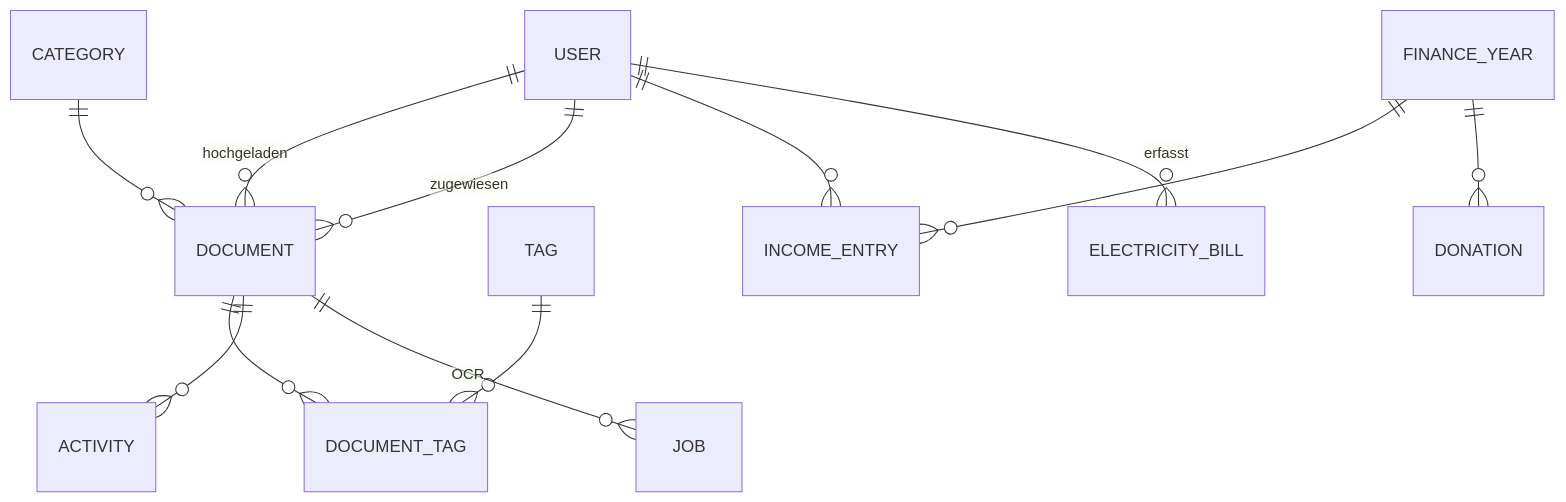
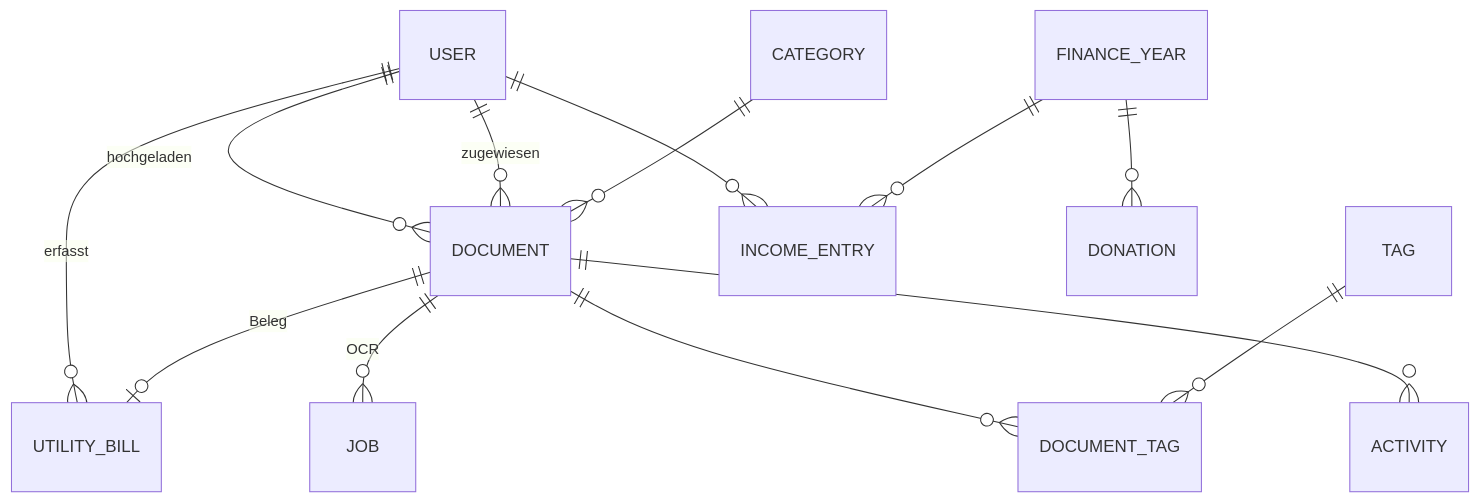
One commit to vonallmenalain/manager changed the second of 4 diagrams in docs/KONZEPT.md. Above: the diagram before and after it, drawn with Mermaid. The commit also changed other lines of this file and 32 other files, not shown here.

````diff
--- a/docs/KONZEPT.md
+++ b/docs/KONZEPT.md
@@ -162,14 +162,15 @@
 ```mermaid
 erDiagram
     USER ||--o{ DOCUMENT : "hochgeladen"
     USER ||--o{ DOCUMENT : "zugewiesen"
     CATEGORY ||--o{ DOCUMENT : ""
     DOCUMENT ||--o{ DOCUMENT_TAG : ""
     TAG ||--o{ DOCUMENT_TAG : ""
     DOCUMENT ||--o{ ACTIVITY : ""
     DOCUMENT ||--o{ JOB : "OCR"
     USER ||--o{ INCOME_ENTRY : ""
     FINANCE_YEAR ||--o{ INCOME_ENTRY : ""
     FINANCE_YEAR ||--o{ DONATION : ""
-    USER ||--o{ ELECTRICITY_BILL : "erfasst"
+    USER ||--o{ UTILITY_BILL : "erfasst"
+    DOCUMENT ||--o| UTILITY_BILL : "Beleg"
 ```
````
